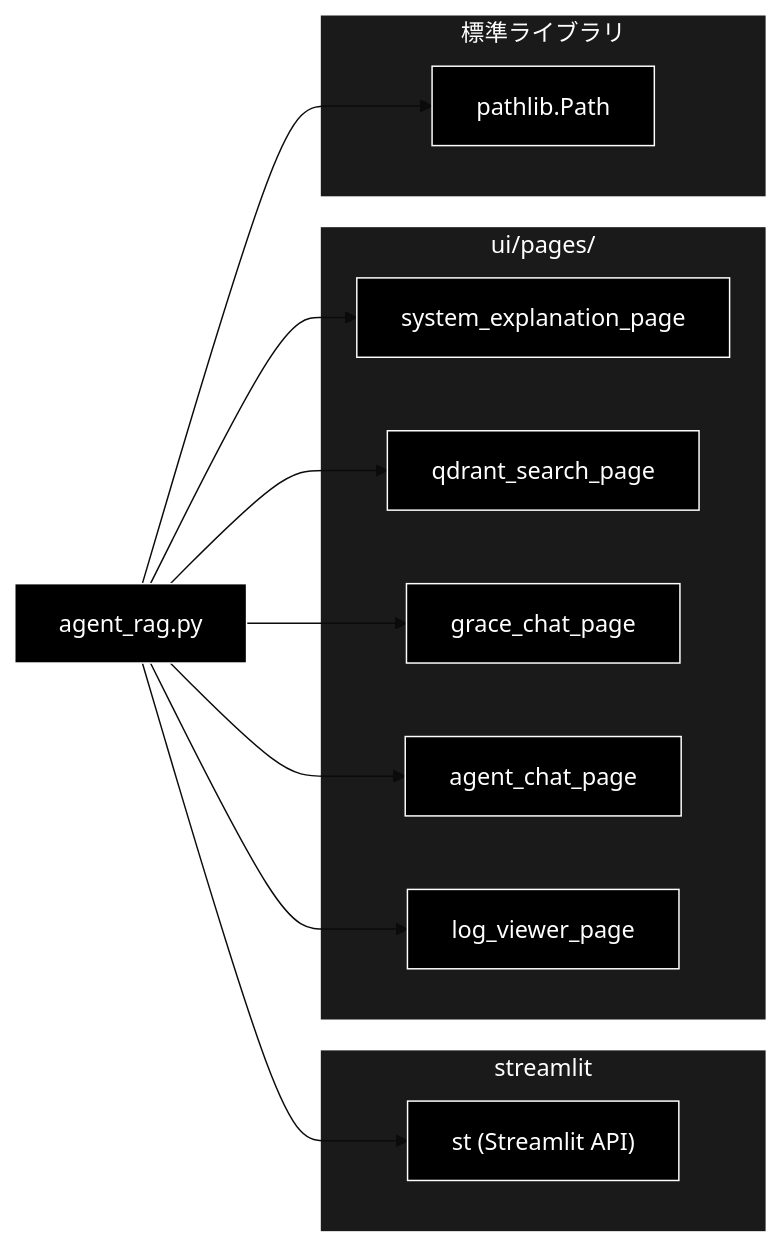
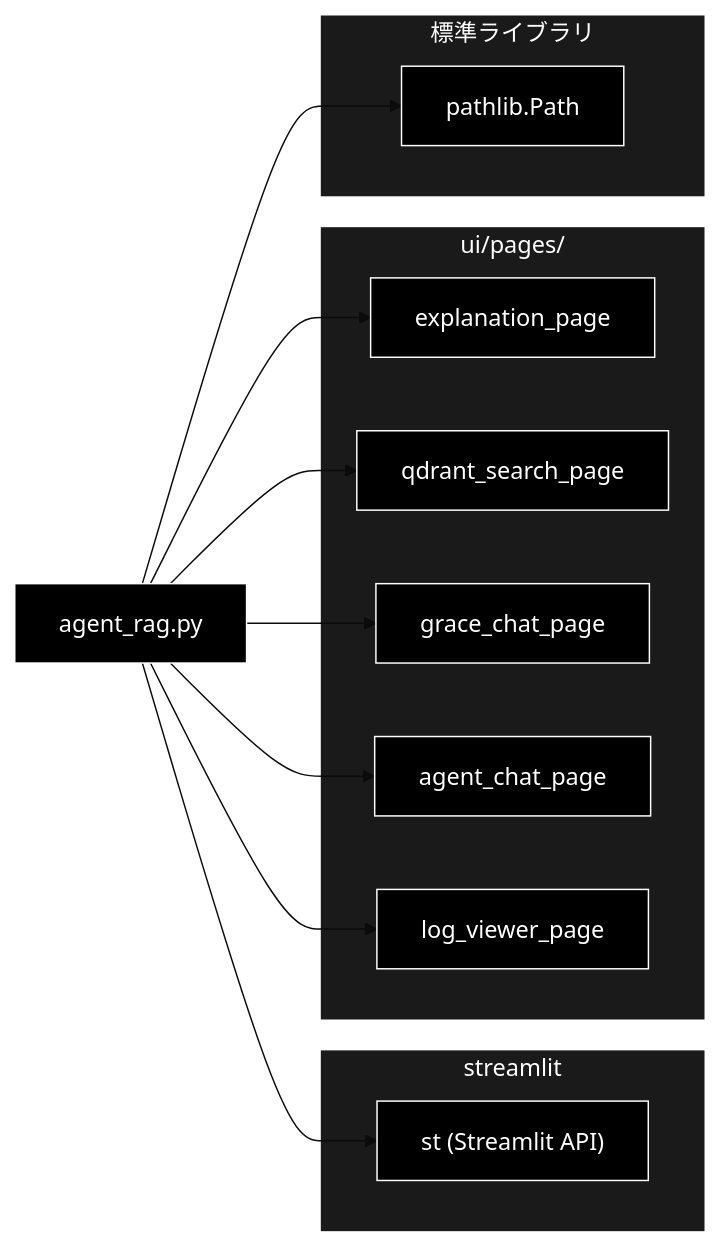
The third of 3 diagrams in docs/agent_rag.md (nakashima2toshio/anthropic_grace_agent_v2), drawn with Mermaid (base theme) before and after one commit. The commit also changed other lines of this file and 9 other files, not shown here.

````diff
--- a/docs/agent_rag.md
+++ b/docs/agent_rag.md
@@ -428,34 +439,34 @@
 ```mermaid
 flowchart LR
     AGENT_RAG["agent_rag.py"]
 
     subgraph STREAMLIT_LIB["streamlit"]
         ST["st (Streamlit API)"]
     end
 
     subgraph UI_PAGES["ui/pages/"]
-        EXPLAIN["system_explanation_page"]
+        EXPLAIN["explanation_page"]
         SEARCH["qdrant_search_page"]
         GRACE["grace_chat_page"]
         AGENT_CHAT["agent_chat_page"]
         LOG_VIEW["log_viewer_page"]
     end
 
     subgraph STDLIB["標準ライブラリ"]
         PATHLIB["pathlib.Path"]
     end
 
     AGENT_RAG --> ST
     AGENT_RAG --> EXPLAIN
     AGENT_RAG --> SEARCH
     AGENT_RAG --> GRACE
     AGENT_RAG --> AGENT_CHAT
     AGENT_RAG --> LOG_VIEW
     AGENT_RAG --> PATHLIB
 classDef default fill:#000,stroke:#fff,color:#fff
 classDef subgraphStyle fill:#1a1a1a,stroke:#fff,color:#fff
 class AGENT_RAG,ST,EXPLAIN,SEARCH,GRACE,AGENT_CHAT,LOG_VIEW,PATHLIB default
 style STREAMLIT_LIB fill:#1a1a1a,stroke:#fff,color:#fff
 style UI_PAGES fill:#1a1a1a,stroke:#fff,color:#fff
 style STDLIB fill:#1a1a1a,stroke:#fff,color:#fff
 ```
````
